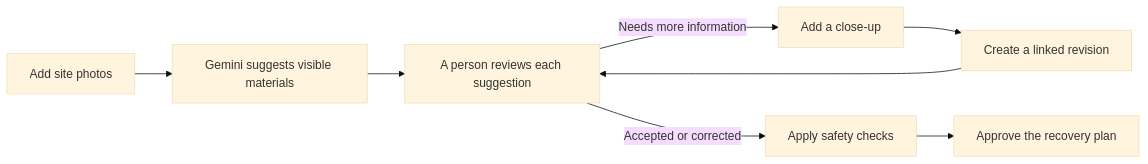
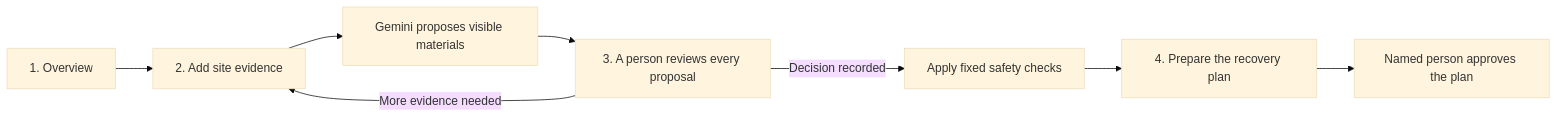
Before and after one commit to msnandhis/rebuild-loop: the first of 3 diagrams in README.md, drawn with Mermaid (base theme). The commit also changed other lines of this file, not shown here.

Commit message:
Document recovery plan lifecycle

````diff
--- a/README.md
+++ b/README.md
@@ -32,10 +49,10 @@
 ```mermaid
 flowchart LR
-    A["Add site photos"] --> B["Gemini suggests visible materials"]
-    B --> C["A person reviews each suggestion"]
-    C -->|Needs more information| D["Add a close-up"]
-    D --> E["Create a linked revision"]
-    E --> C
-    C -->|Accepted or corrected| F["Apply safety checks"]
-    F --> G["Approve the recovery plan"]
+    A["1. Overview"] --> B["2. Add site evidence"]
+    B --> C["Gemini proposes visible materials"]
+    C --> D["3. A person reviews every proposal"]
+    D -->|More evidence needed| B
+    D -->|Decision recorded| E["Apply fixed safety checks"]
+    E --> F["4. Prepare the recovery plan"]
+    F --> G["Named person approves the plan"]
 ```
````
